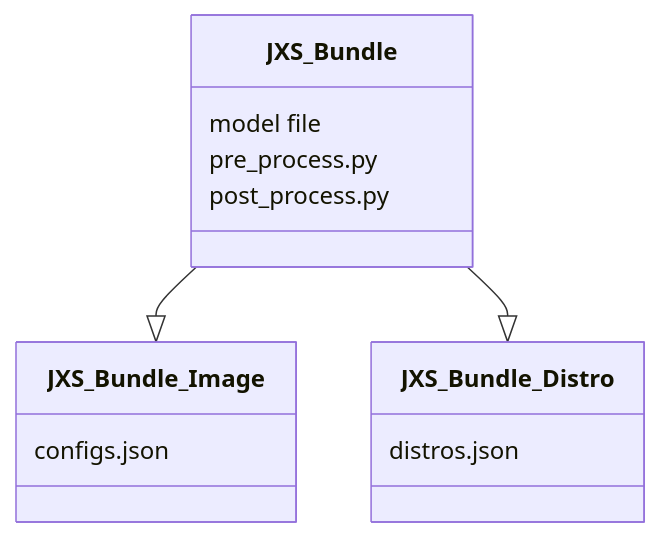
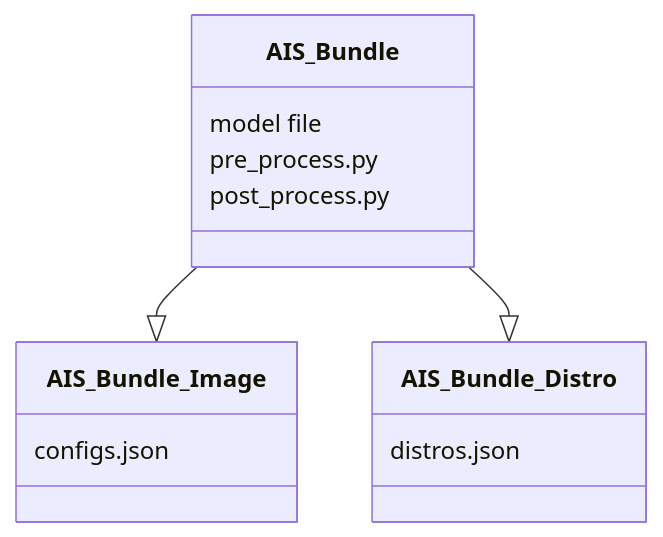
Before and after one commit to JK-97/ai-serving: the first of 2 diagrams in svg/classes.md, drawn with Mermaid. The commit also changed 19 other files, not shown here.

````diff
--- a/svg/classes.md
+++ b/svg/classes.md
@@ -2,10 +2,10 @@
 ```mermaid
 classDiagram
-    JXS_Bundle --|> JXS_Bundle_Image
-    JXS_Bundle --|> JXS_Bundle_Distro
-    JXS_Bundle: model file
-    JXS_Bundle: pre_process.py
-    JXS_Bundle: post_process.py
-    JXS_Bundle_Image: configs.json
-    JXS_Bundle_Distro: distros.json
+    AIS_Bundle --|> AIS_Bundle_Image
+    AIS_Bundle --|> AIS_Bundle_Distro
+    AIS_Bundle: model file
+    AIS_Bundle: pre_process.py
+    AIS_Bundle: post_process.py
+    AIS_Bundle_Image: configs.json
+    AIS_Bundle_Distro: distros.json
 ```
````
